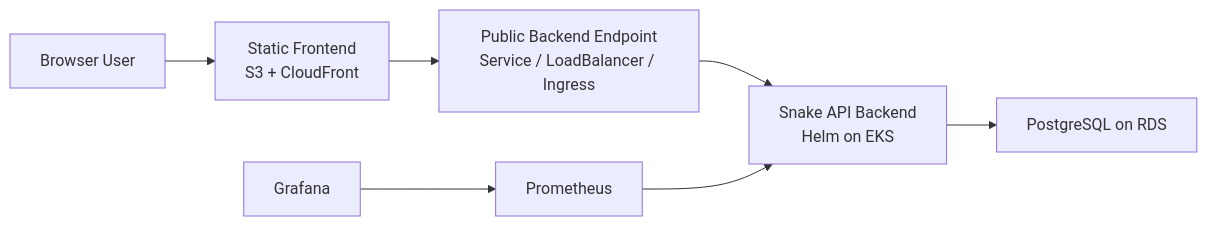
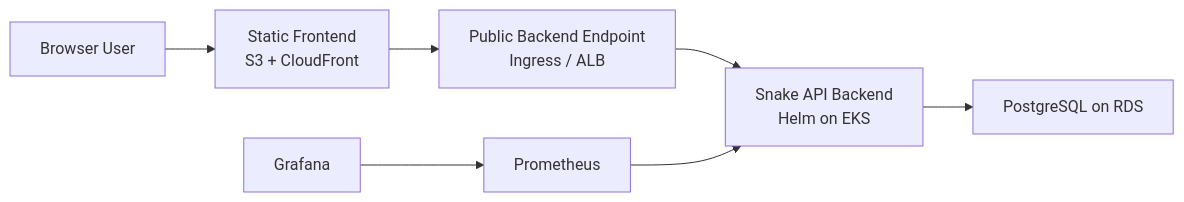
The first of 2 diagrams in docs/architecture.md (ivanmarceta/incode-assignment), drawn with Mermaid before and after one commit. The commit also changed other lines of this file and 5 other files, not shown here.

````diff
--- a/docs/architecture.md
+++ b/docs/architecture.md
@@ -7,9 +7,9 @@
 ```mermaid
 flowchart LR
     User["Browser User"] --> Frontend["Static Frontend<br/>S3 + CloudFront"]
-    Frontend --> BackendLB["Public Backend Endpoint<br/>Service / LoadBalancer / Ingress"]
+    Frontend --> BackendLB["Public Backend Endpoint<br/>Ingress / ALB"]
     BackendLB --> Backend["Snake API Backend<br/>Helm on EKS"]
     Backend --> RDS["PostgreSQL on RDS"]
     Prom["Prometheus"] --> Backend
     Graf["Grafana"] --> Prom
 ```
````
